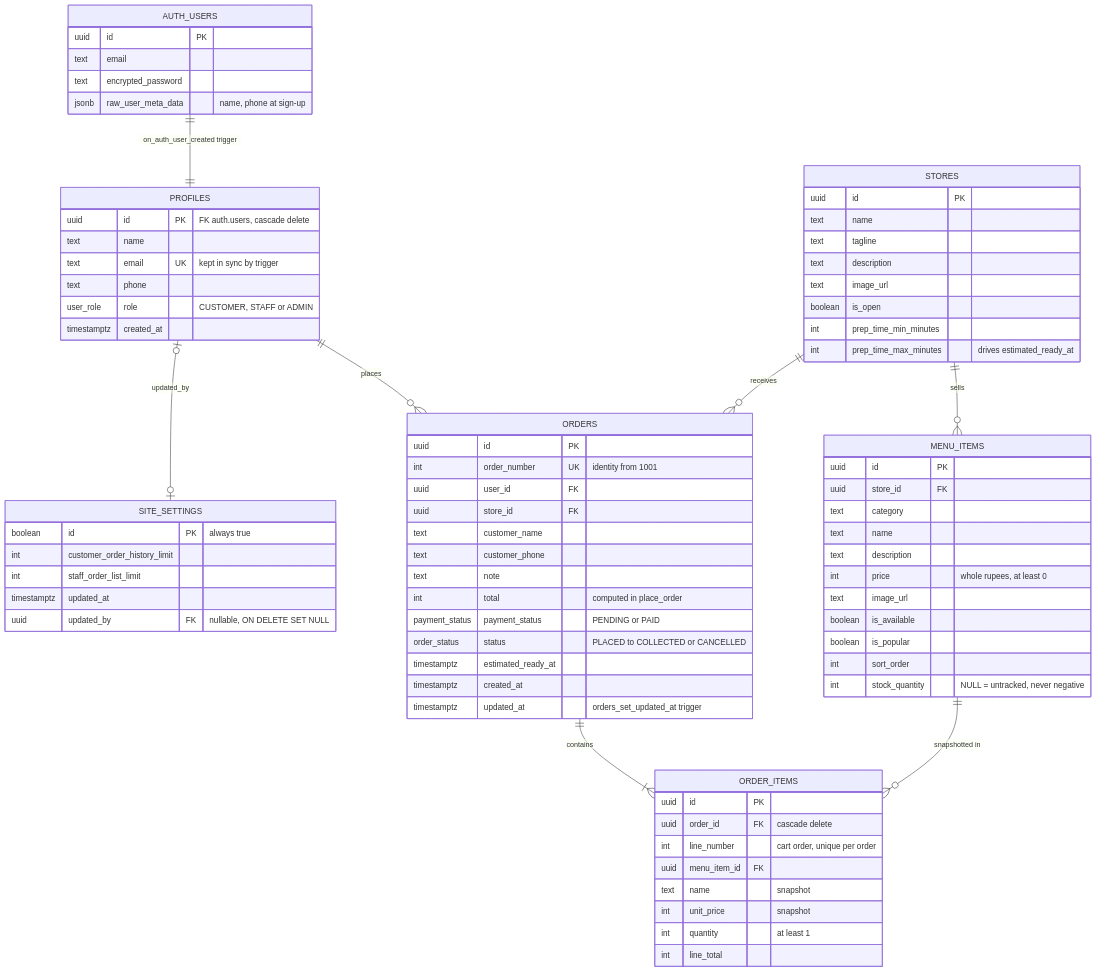
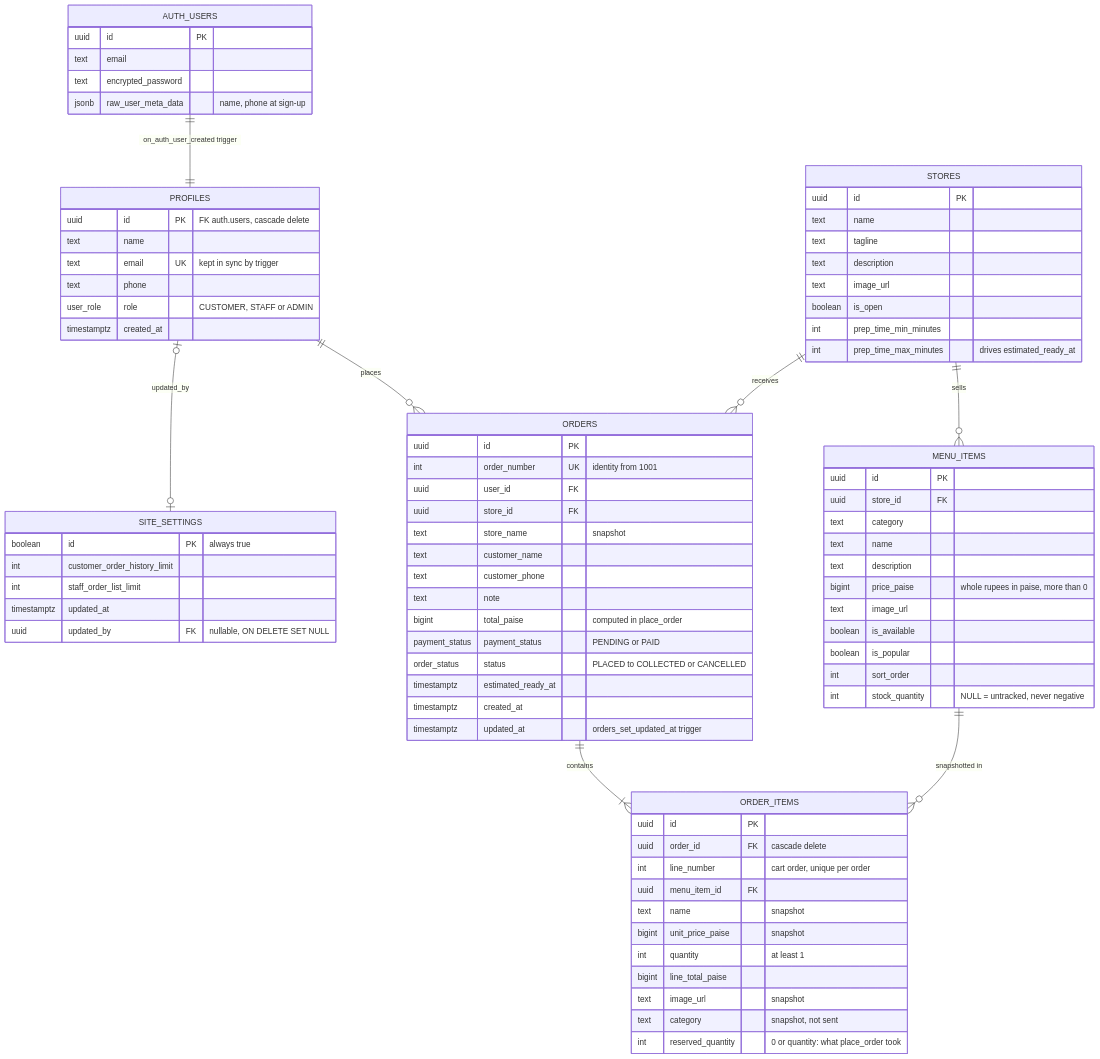
Diagram 28 of 28 in docs/ARCHITECTURE.md (The-KhaNha/KhaNha), drawn with Mermaid before and after one commit. The commit also changed other lines of this file and 268 other files, not shown here.

````diff
--- a/docs/ARCHITECTURE.md
+++ b/docs/ARCHITECTURE.md
@@ -968,7 +1032,7 @@
     text category
     text name
     text description
-    int price "whole rupees, at least 0"
+    bigint price_paise "whole rupees in paise, more than 0"
     text image_url
     boolean is_available
     boolean is_popular
@@ -980,10 +1044,11 @@
     int order_number UK "identity from 1001"
     uuid user_id FK
     uuid store_id FK
+    text store_name "snapshot"
     text customer_name
     text customer_phone
     text note
-    int total "computed in place_order"
+    bigint total_paise "computed in place_order"
     payment_status payment_status "PENDING or PAID"
     order_status status "PLACED to COLLECTED or CANCELLED"
     timestamptz estimated_ready_at
@@ -996,8 +1061,11 @@
     int line_number "cart order, unique per order"
     uuid menu_item_id FK
     text name "snapshot"
-    int unit_price "snapshot"
+    bigint unit_price_paise "snapshot"
     int quantity "at least 1"
-    int line_total
+    bigint line_total_paise
+    text image_url "snapshot"
+    text category "snapshot, not sent"
+    int reserved_quantity "0 or quantity: what place_order took"
   }
 ```
````
